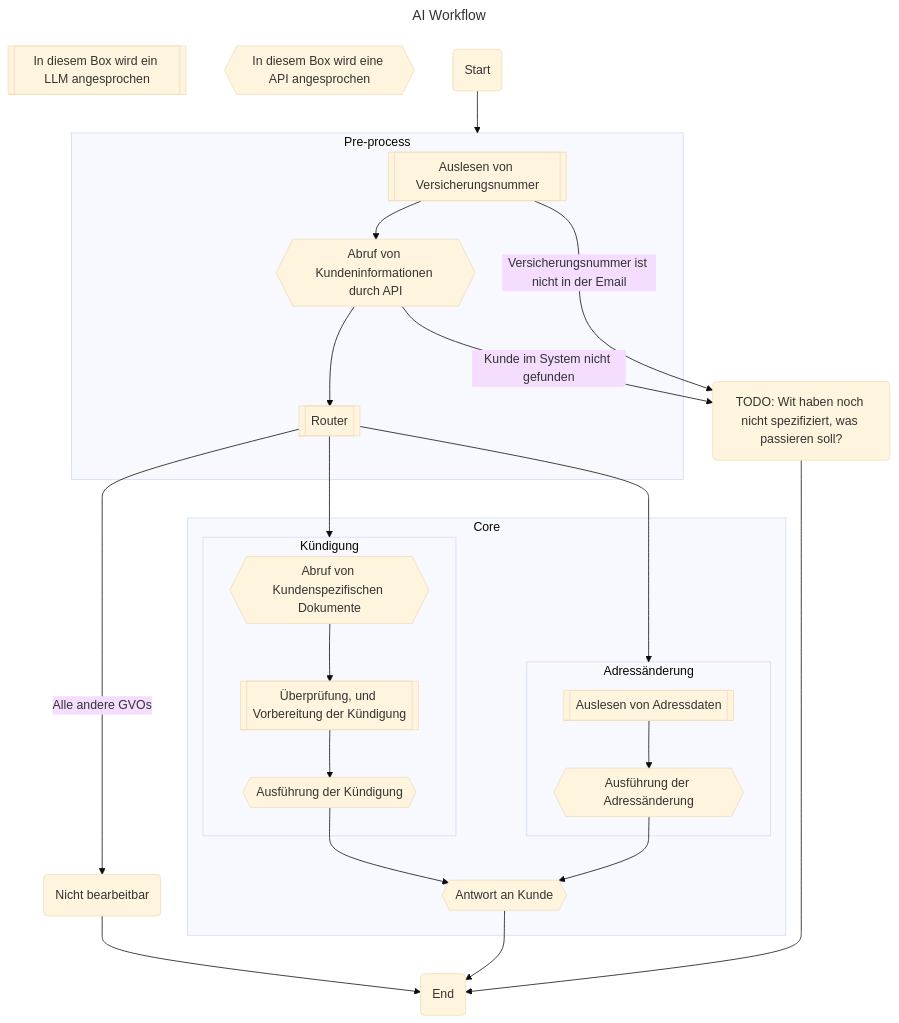
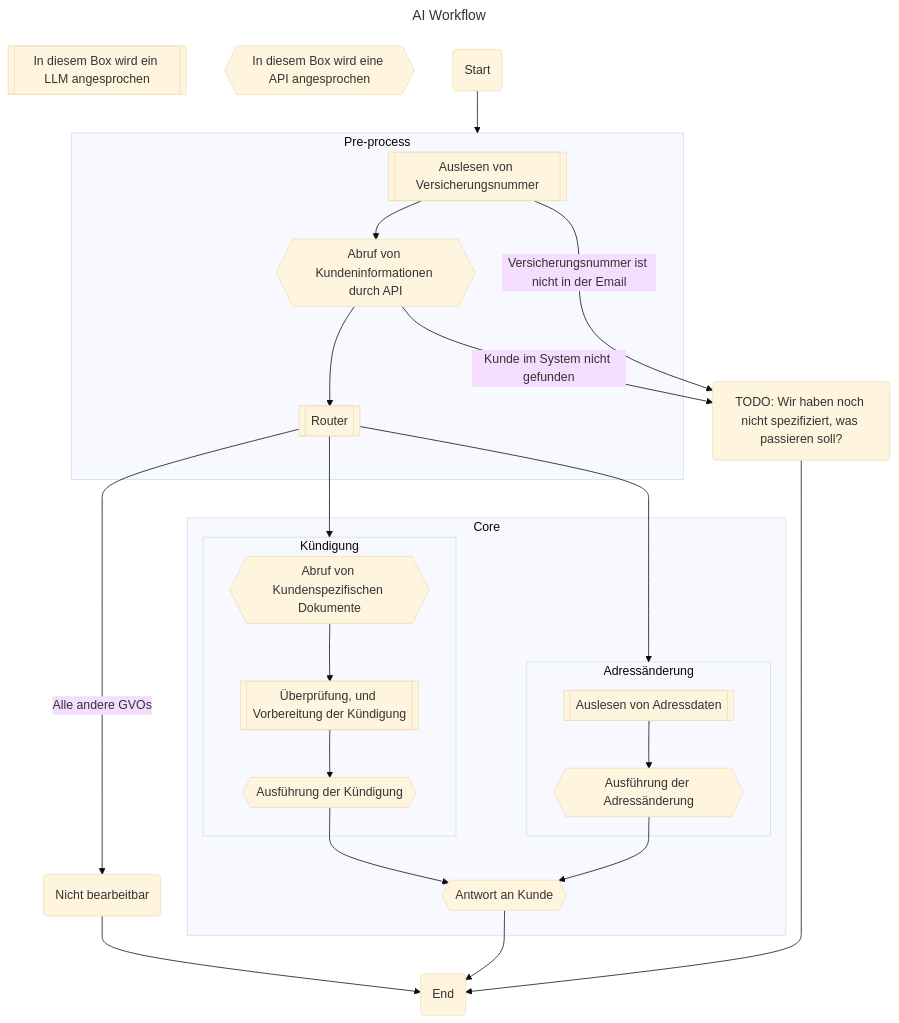
Before and after one commit to FausztBenedek/fcb-presentation-ki-workflow: the diagram in workflow.mermaid, drawn with Mermaid. The commit also changed 5 other files, not shown here.

```diff
--- a/workflow.mermaid
+++ b/workflow.mermaid
@@ -1,66 +1,73 @@
 ---
 title: AI Workflow
 config:
   theme: 'base'
   themeVariables:
     background: #f8f5f4
   themeCSS: |
     .default polygon, .default rect {
       fill: #283149 !important;
       stroke: white !important;
     }
+    
+    .default:hover polygon, .default:hover rect, .default p:hover {
+      fill: blue !important;
+      stroke: white !important;
+      cursor: pointer !important;
+    }
     .default p {
       color: white !important;
     }
     .edgeLabel p {
       background-color: #ffffff !important;
     }
     .cluster rect {
       stroke: black;
+      fill: white !important;
     }
 
 ---
 graph TD
     %% Explanations:
     llm[[In diesem Box wird ein LLM angesprochen]]
     api_call{{In diesem Box wird eine API angesprochen}}
-    class api_call api_call
 
     __START__(Start)
     __START__ --> Pre-process
     subgraph Pre-process
         customer_data_extract[["Auslesen von Versicherungsnummer"]]
+        class customer_data_extract customer_data_extract
         fetch_customer_details{{"Abruf von Kundeninformationen durch API"}}
         router[["Router"]]
         customer_data_extract --> fetch_customer_details
         fetch_customer_details --> router
     end
     router -->|Alle andere GVOs| uncovered
     router --> Kündigung
     router --> Adressänderung
     subgraph Core
         subgraph Kündigung
             fetch_customer_documents{{"Abruf von Kundenspezifischen Dokumente"}}
             termination_execute_prep[["Überprüfung, und Vorbereitung der Kündigung"]]
             termination_execute{{"Ausführung der Kündigung"}}
             fetch_customer_documents --> termination_execute_prep
             termination_execute_prep --> termination_execute
         end
         termination_execute --> answer
 
         subgraph Adressänderung
             address_data_extract[["Auslesen von Adressdaten"]]
             address_change_execute{{"Ausführung der Adressänderung"}}
             address_data_extract --> address_change_execute
         end
         address_change_execute --> answer
 
     end
     answer{{"Antwort an Kunde"}}
-    todo_node("TODO: Wit haben noch nicht spezifiziert, was passieren soll?")
+    todo_node("TODO: Wir haben noch nicht spezifiziert, was passieren soll?")
     fetch_customer_details --> |"Kunde im System nicht gefunden"|todo_node
     customer_data_extract --> |"Versicherungsnummer ist nicht in der Email"|todo_node
     answer --> __END__
     todo_node --> __END__
     __END__(End)
     uncovered("Nicht bearbeitbar") --> __END__;
```
